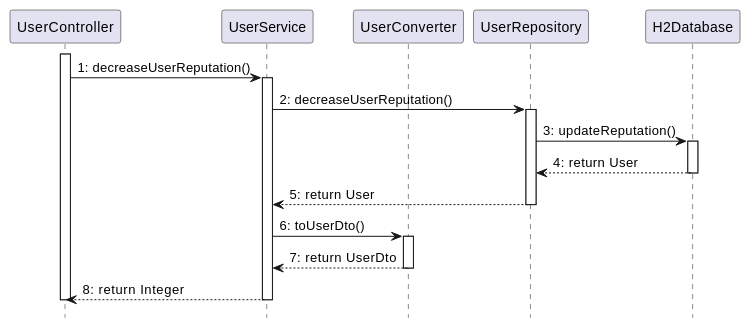
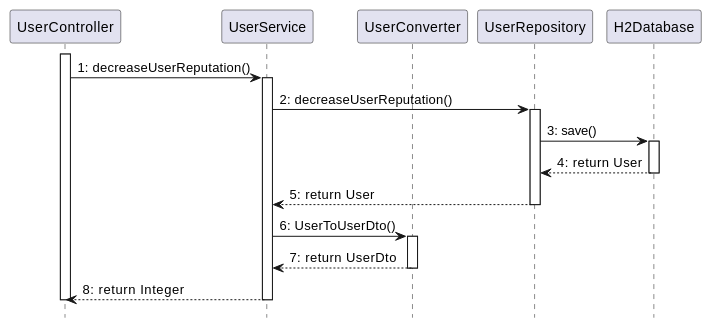
One commit to SE2-group4/SE1-project changed diagram 14 of 14 in docs/DesignDocument.md. Above: the diagram before and after it, drawn with PlantUML. The commit also changed other lines of this file, not shown here.

````diff
--- a/docs/DesignDocument.md
+++ b/docs/DesignDocument.md
@@ -833,37 +834,37 @@
 ```plantuml
 @startuml
 hide footbox
 skinparam shadowing false
 
 participant UserController as UC
 participant UserService as US
 participant UserConverter as UCV
 participant UserRepository as UR
 participant H2Database as H2
 
 activate UC
 UC -> US: 1: decreaseUserReputation()
 activate US
 
 US -> UR: 2: decreaseUserReputation()
 activate UR
 
-UR -> H2: 3: updateReputation()
+UR -> H2: 3: save()
 
 activate H2
 H2 --> UR: 4: return User
 deactivate H2
 
 UR --> US: 5: return User
 deactivate UR
 
-US -> UCV: 6: toUserDto()
+US -> UCV: 6: UserToUserDto()
 activate UCV
 UCV --> US: 7: return UserDto
 deactivate UCV
 
 US --> UC: 8: return Integer
 deactivate US
 deactivate UC
 @enduml
 ```
````
